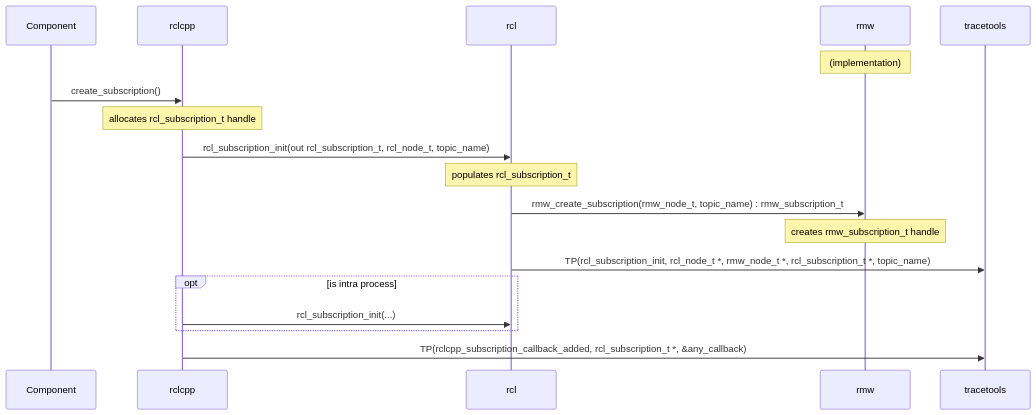
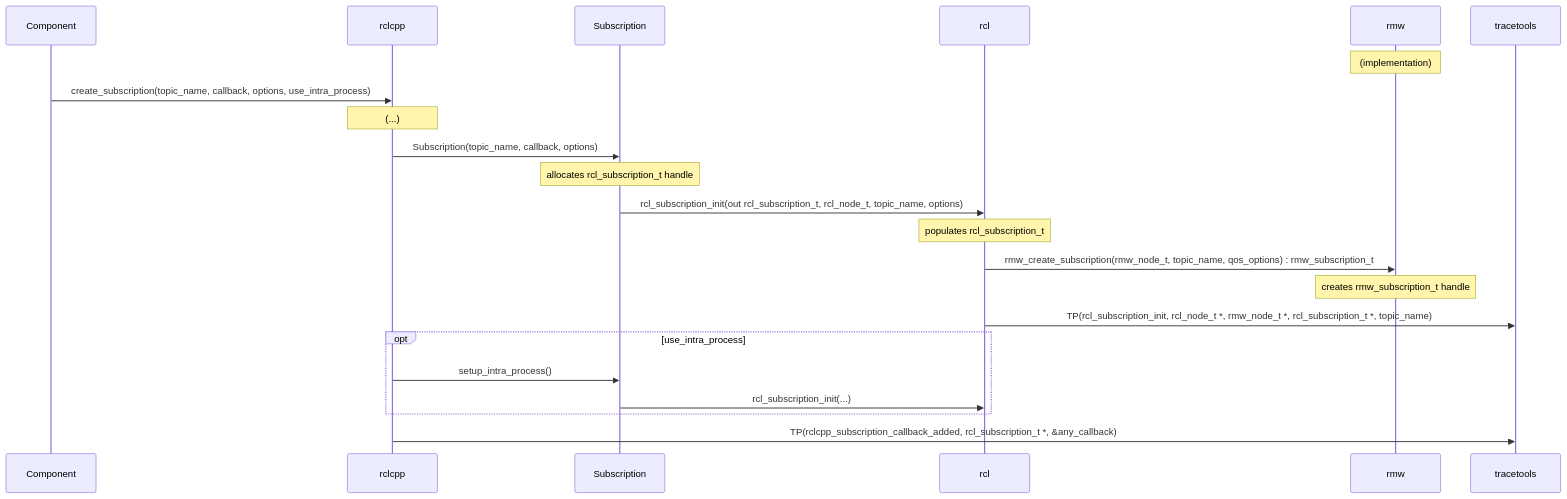
The fourth of 7 diagrams in doc/ros_2.md (ros2/ros2_tracing), drawn with Mermaid before and after one commit. The commit also changed other lines of this file, not shown here.

````diff
--- a/doc/ros_2.md
+++ b/doc/ros_2.md
@@ -107,25 +111,29 @@
 ```mermaid
 sequenceDiagram
     participant Component
     participant rclcpp
+    participant Subscription
     participant rcl
     participant rmw
     participant tracetools
 
     Note over rmw: (implementation)
 
-    Component->>rclcpp: create_subscription()
-    Note over rclcpp: allocates rcl_subscription_t handle
-    rclcpp->>rcl: rcl_subscription_init(out rcl_subscription_t, rcl_node_t, topic_name)
+    Component->>rclcpp: create_subscription(topic_name, callback, options, use_intra_process)
+    Note over rclcpp: (...)
+    rclcpp->>Subscription: Subscription(topic_name, callback, options)
+    Note over Subscription: allocates rcl_subscription_t handle
+    Subscription->>rcl: rcl_subscription_init(out rcl_subscription_t, rcl_node_t, topic_name, options)
     Note over rcl: populates rcl_subscription_t
-    rcl->>rmw: rmw_create_subscription(rmw_node_t, topic_name) : rmw_subscription_t
+    rcl->>rmw: rmw_create_subscription(rmw_node_t, topic_name, qos_options) : rmw_subscription_t
     Note over rmw: creates rmw_subscription_t handle
 
     rcl->>tracetools: TP(rcl_subscription_init, rcl_node_t *, rmw_node_t *, rcl_subscription_t *, topic_name)
 
-    opt is intra process
-        rclcpp->>rcl: rcl_subscription_init(...)
+    opt use_intra_process
+        rclcpp->>Subscription: setup_intra_process()
+        Subscription->>rcl: rcl_subscription_init(...)
     end
 
     rclcpp->>tracetools: TP(rclcpp_subscription_callback_added, rcl_subscription_t *, &any_callback)
 ```
````
